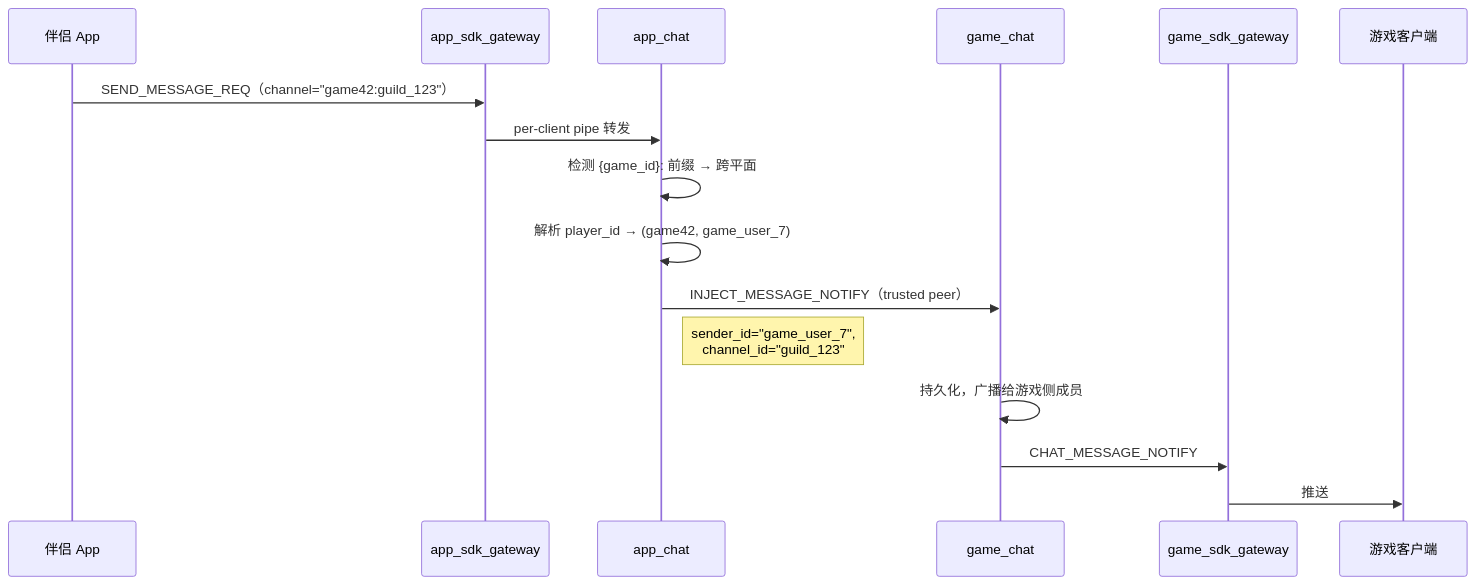
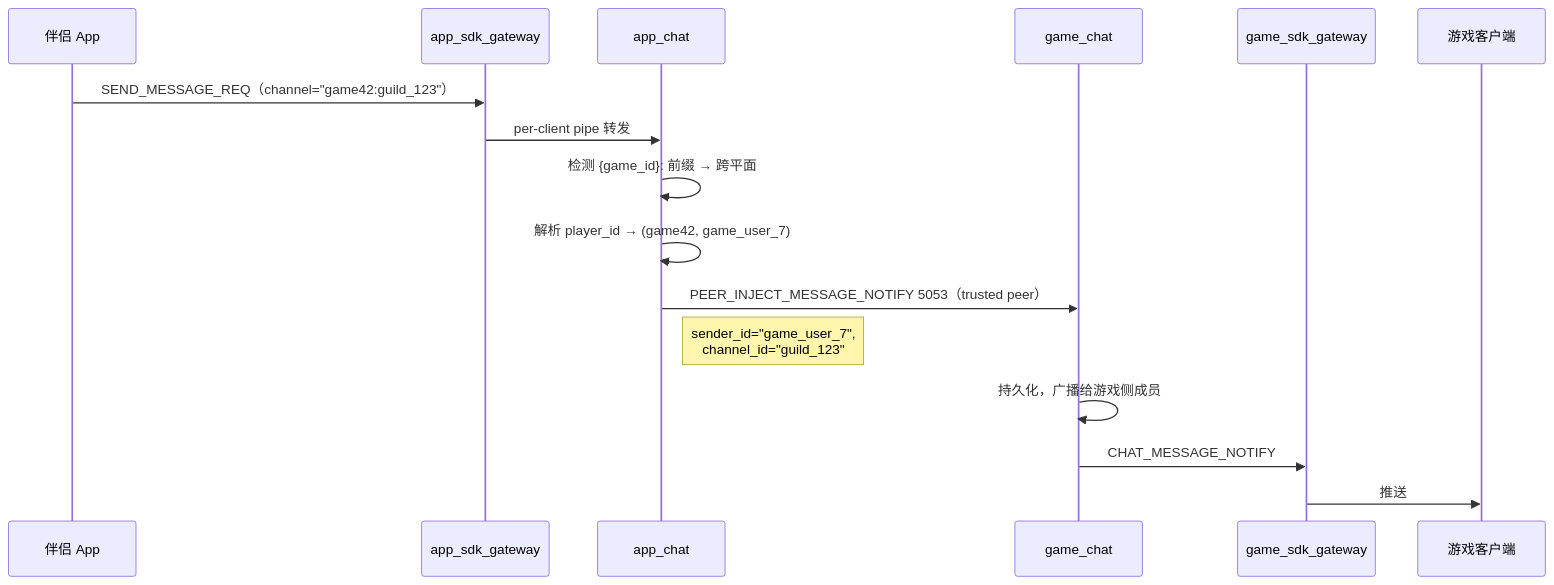
One commit to cuihairu/chirp changed the fourth of 5 diagrams in docs/architecture.md. Above: the diagram before and after it, drawn with Mermaid. The commit also changed other lines of this file, not shown here.

Commit message:
docs(architecture): mark the cross-plane reply flow as landed
The reply sequence now names the real downlink message
(PEER_INJECT_MESSAGE_NOTIFY, 5053) and points at the implementation
notes in server_plane.md.

````diff
--- a/docs/architecture.md
+++ b/docs/architecture.md
@@ -187,19 +187,19 @@
 ```mermaid
 sequenceDiagram
     participant A as 伴侣 App
     participant AG as app_sdk_gateway
     participant AC as app_chat
     participant GC as game_chat
     participant G as game_sdk_gateway
     participant C as 游戏客户端
 
     A->>AG: SEND_MESSAGE_REQ（channel="game42:guild_123"）
     AG->>AC: per-client pipe 转发
     AC->>AC: 检测 {game_id}: 前缀 → 跨平面
     AC->>AC: 解析 player_id → (game42, game_user_7)
-    AC->>GC: INJECT_MESSAGE_NOTIFY（trusted peer）
+    AC->>GC: PEER_INJECT_MESSAGE_NOTIFY 5053（trusted peer）
     Note right of AC: sender_id="game_user_7",<br/>channel_id="guild_123"
     GC->>GC: 持久化，广播给游戏侧成员
     GC->>G: CHAT_MESSAGE_NOTIFY
     G->>C: 推送
 ```
````
